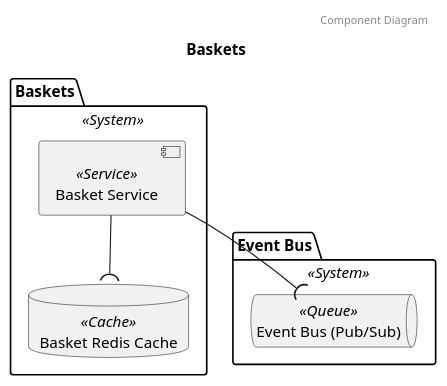
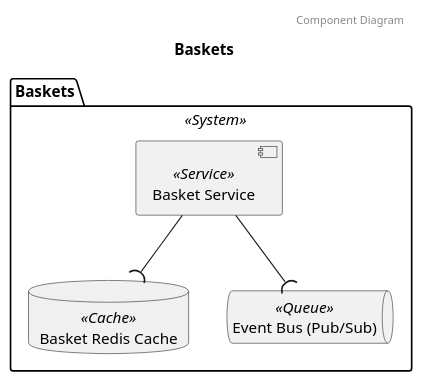
One commit to garrettsutula/example-trellis-project changed the third of 3 diagrams in diagrams/systems/Baskets.puml. Above: the diagram before and after it, drawn with PlantUML. The commit also changed other lines of this file and 23 other files, not shown here.

Commit message:
Update deps, add examples of new diagrams, update for breaking interface changes

```diff
--- a/diagrams/systems/Baskets.puml
+++ b/diagrams/systems/Baskets.puml
@@ -42,13 +34,11 @@
 @startuml Component Diagram Baskets
 header Component Diagram
 title Baskets
 package "Baskets" as Baskets_package <<System>>{
 	component "Basket Service" as Basket_Service <<Service>>
 	database "Basket Redis Cache" as Basket_Redis_Cache <<Cache>>
-}
-package "Event Bus" as Event_Bus_package <<System>>{
 	queue "Event Bus (Pub/Sub)" as Event_Bus_Pub_Sub <<Queue>>
 }
 	Basket_Service -down-( Basket_Redis_Cache
 	Basket_Service -down-( Event_Bus_Pub_Sub
 @enduml
```
